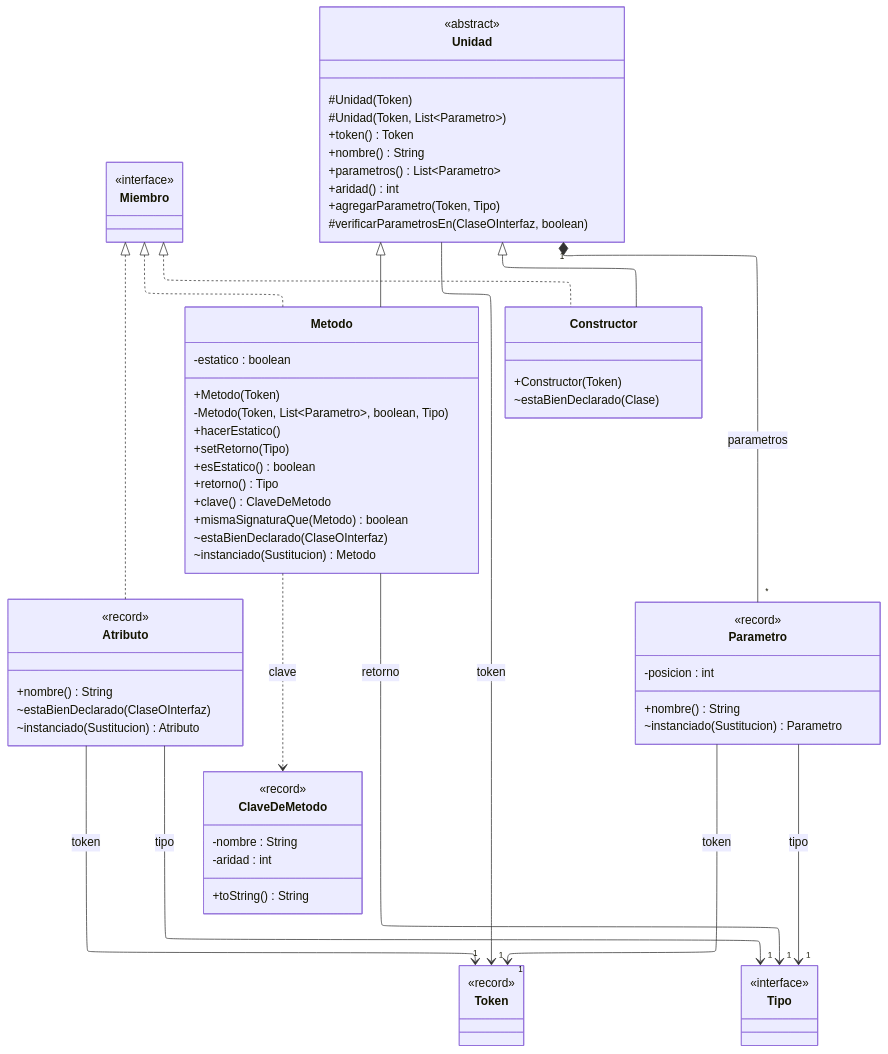
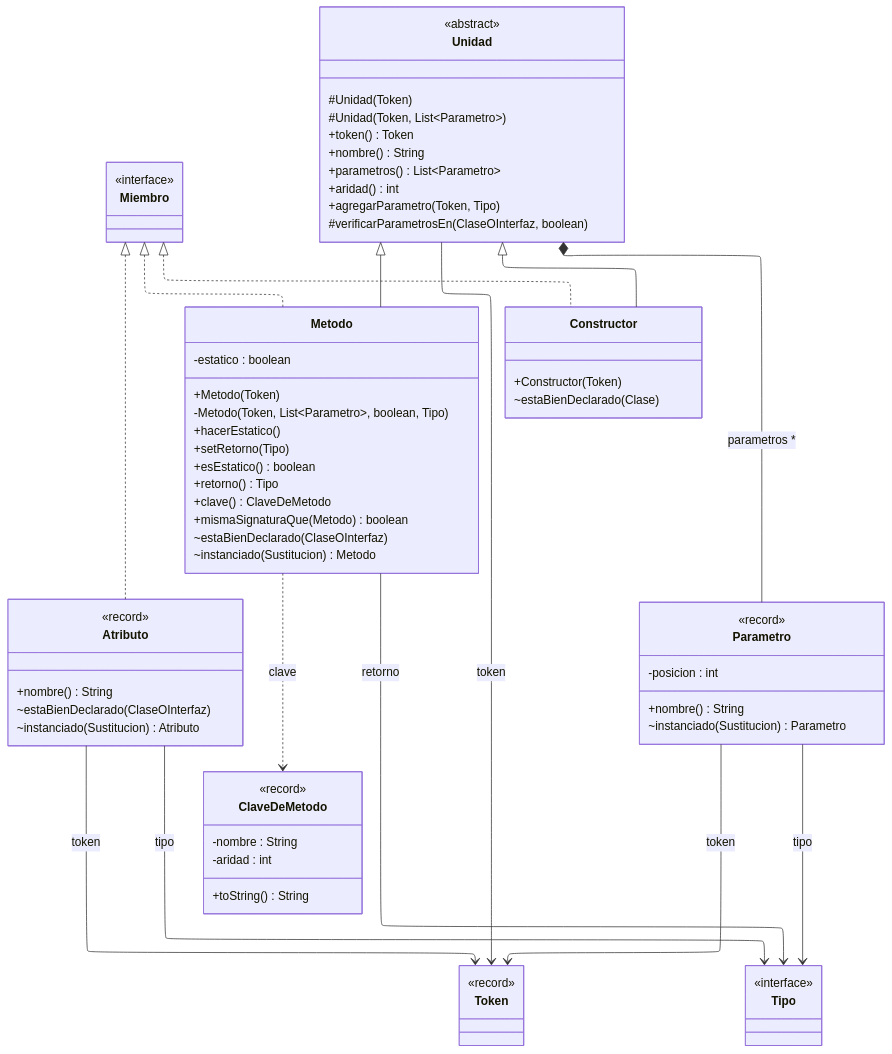
One commit to agustinpaul0/Proyecto-CEI changed the fourth of 5 diagrams in documentacion/semantico/arquitectura-del-analizador-semantico.md. Above: the diagram before and after it, drawn with Mermaid. The commit also changed other lines of this file and 8 other files, not shown here.

````diff
--- a/documentacion/semantico/arquitectura-del-analizador-semantico.md
+++ b/documentacion/semantico/arquitectura-del-analizador-semantico.md
@@ -227,76 +228,76 @@
 ```mermaid
 ---
 config:
   layout: elk
 ---
 classDiagram
     direction TB
     class Miembro {
         <<interface>>
     }
     class Atributo {
         <<record>>
         +nombre() String
         ~estaBienDeclarado(ClaseOInterfaz)
         ~instanciado(Sustitucion) Atributo
     }
     class Unidad {
         <<abstract>>
         #Unidad(Token)
         #Unidad(Token, List~Parametro~)
         +token() Token
         +nombre() String
         +parametros() List~Parametro~
         +aridad() int
         +agregarParametro(Token, Tipo)
         #verificarParametrosEn(ClaseOInterfaz, boolean)
     }
     class Metodo {
         -estatico : boolean
         +Metodo(Token)
         -Metodo(Token, List~Parametro~, boolean, Tipo)
         +hacerEstatico()
         +setRetorno(Tipo)
         +esEstatico() boolean
         +retorno() Tipo
         +clave() ClaveDeMetodo
         +mismaSignaturaQue(Metodo) boolean
         ~estaBienDeclarado(ClaseOInterfaz)
         ~instanciado(Sustitucion) Metodo
     }
     class Constructor {
         +Constructor(Token)
         ~estaBienDeclarado(Clase)
     }
     class Parametro {
         <<record>>
         -posicion : int
         +nombre() String
         ~instanciado(Sustitucion) Parametro
     }
     class ClaveDeMetodo {
         <<record>>
         -nombre : String
         -aridad : int
         +toString() String
     }
     class Token {
         <<record>>
     }
     class Tipo {
         <<interface>>
     }
     Miembro <|.. Atributo
     Miembro <|.. Metodo
     Miembro <|.. Constructor
     Unidad <|-- Metodo
     Unidad <|-- Constructor
-    Unidad --> "1" Token : token
-    Unidad "1" *-- "*" Parametro : parametros
-    Metodo --> "1" Tipo : retorno
+    Unidad --> Token : token
+    Unidad *-- Parametro : parametros *
+    Metodo --> Tipo : retorno
     Metodo ..> ClaveDeMetodo : clave
-    Atributo --> "1" Token : token
-    Atributo --> "1" Tipo : tipo
-    Parametro --> "1" Token : token
-    Parametro --> "1" Tipo : tipo
+    Atributo --> Token : token
+    Atributo --> Tipo : tipo
+    Parametro --> Token : token
+    Parametro --> Tipo : tipo
 ```
````
